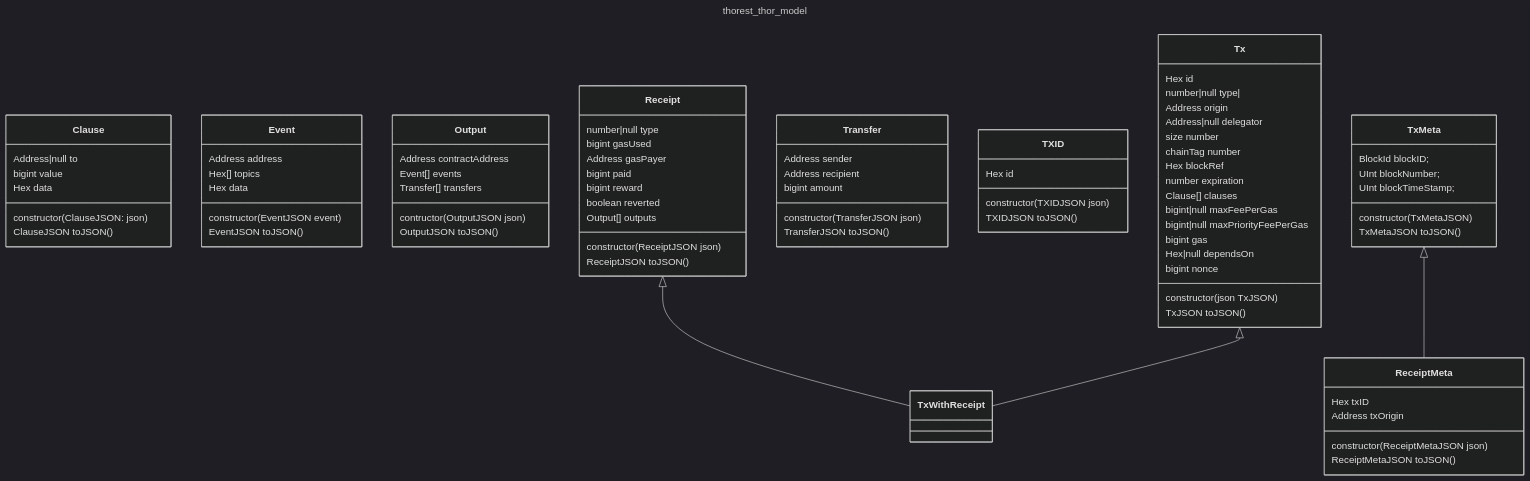
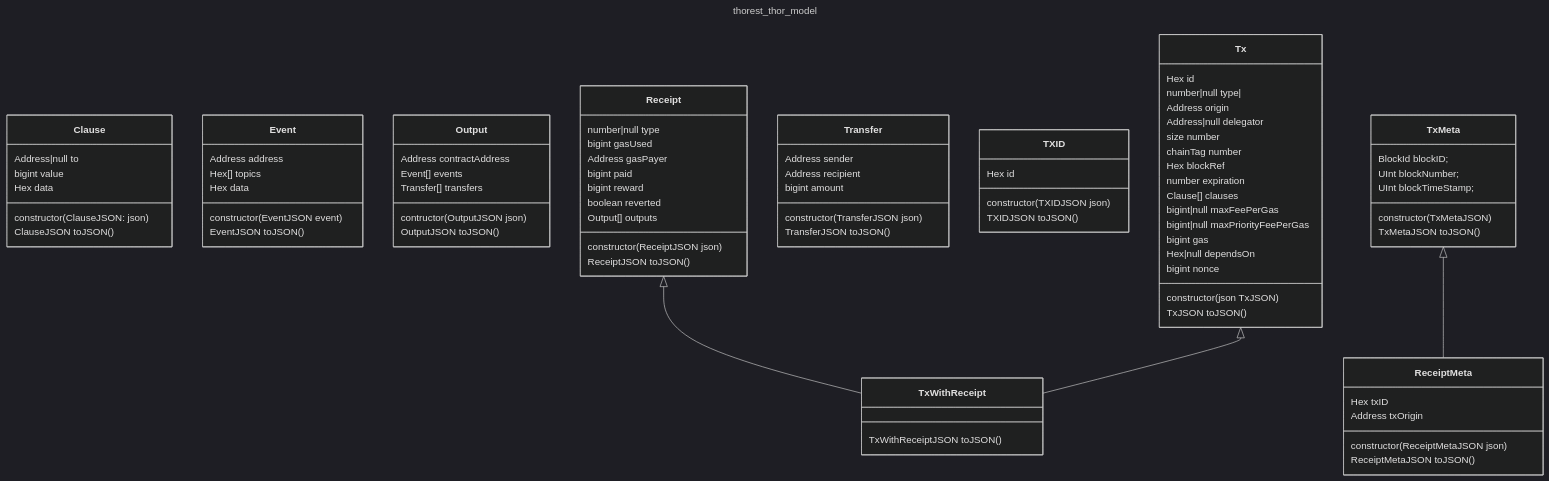
Before and after one commit to vechain/vechain-sdk-js: the diagram in docs/thorest/thor/model/model.mmd, drawn with Mermaid (dark theme). The commit also changed 3 other files, not shown here.

```diff
--- a/docs/thorest/thor/model/model.mmd
+++ b/docs/thorest/thor/model/model.mmd
@@ -1,84 +1,85 @@
 ---
 title: thorest_thor_model
 ---
 classDiagram
     class Clause {
         Address|null to
         bigint value
         Hex data
         constructor(ClauseJSON: json)
         ClauseJSON toJSON()
     }
     class Event {
         Address address
         Hex[] topics
         Hex data
         constructor(EventJSON event)
         EventJSON toJSON()
     }
     class Output {
         Address contractAddress
         Event[] events
         Transfer[] transfers
         contructor(OutputJSON json)
         OutputJSON toJSON()
     }
     class Receipt {
         number|null type
         bigint gasUsed
         Address gasPayer
         bigint paid
         bigint reward
         boolean reverted
         Output[] outputs
         constructor(ReceiptJSON json)
         ReceiptJSON toJSON()
     }
     class ReceiptMeta {
         Hex txID
         Address txOrigin
         constructor(ReceiptMetaJSON json)
         ReceiptMetaJSON toJSON()
     }
     class Transfer {
         Address sender
         Address recipient
         bigint amount
         constructor(TransferJSON json)
         TransferJSON toJSON()
     }
     class TXID {
         Hex id
         constructor(TXIDJSON json)
         TXIDJSON toJSON()
     }
     class Tx {
         Hex id
         number|null type|
         Address origin
         Address|null delegator
         size number
         chainTag number
         Hex blockRef
         number expiration
         Clause[] clauses
         bigint|null maxFeePerGas
         bigint|null maxPriorityFeePerGas
         bigint gas
         Hex|null dependsOn
         bigint nonce
         constructor(json TxJSON)
         TxJSON toJSON()
     }
     class TxMeta {
         BlockId blockID;
         UInt blockNumber;
         UInt blockTimeStamp;
         constructor(TxMetaJSON)
         TxMetaJSON toJSON()
     }
     class TxWithReceipt {
+        TxWithReceiptJSON toJSON()
     }
     Receipt <|-- TxWithReceipt
     Tx <|-- TxWithReceipt
     TxMeta <|-- ReceiptMeta
```
